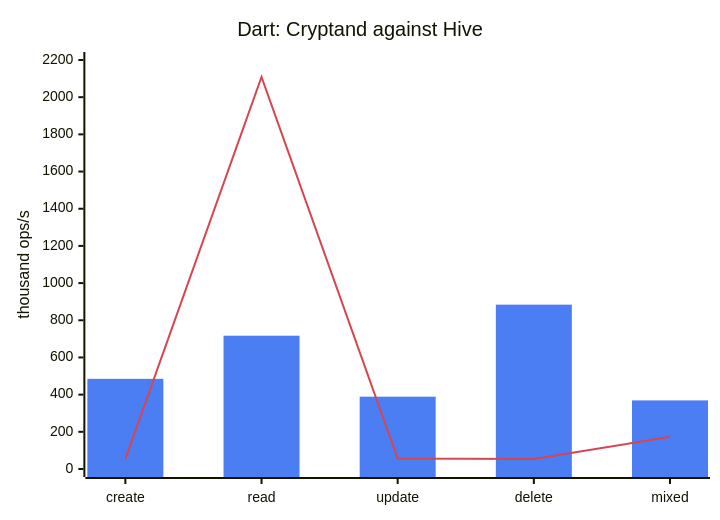
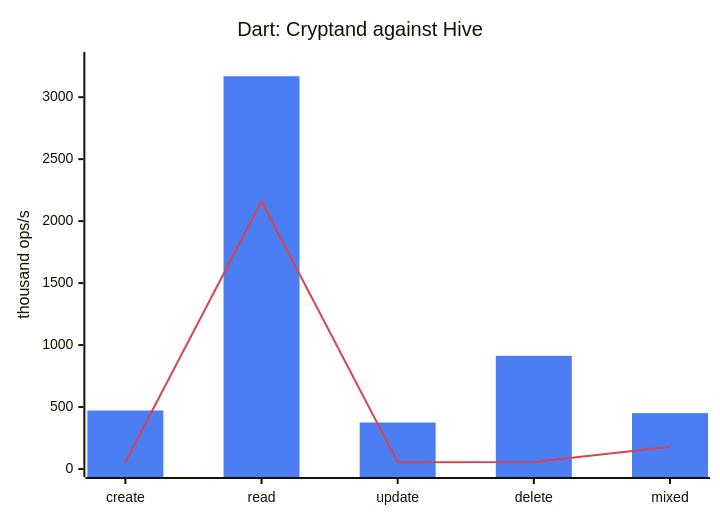
The third of 4 diagrams in reference/bench/RESULTS.md (nitrite/cryptand), drawn with Mermaid before and after one commit. The commit also changed other lines of this file and 21 other files, not shown here.

````diff
--- a/reference/bench/RESULTS.md
+++ b/reference/bench/RESULTS.md
@@ -124,9 +135,9 @@
 ```mermaid
 %%{init: {"themeVariables": {"xyChart": {"plotColorPalette": "#4C7EF3, #D64550"}}}}%%
 xychart-beta
     title "Dart: Cryptand against Hive"
     x-axis ["create", "read", "update", "delete", "mixed"]
-    y-axis "thousand ops/s" 0 --> 2200
-    bar "cryptand" [485, 717, 389, 884, 369]
-    line "hive" [54, 2109, 56, 54, 173]
+    y-axis "thousand ops/s" 0 --> 3300
+    bar "cryptand" [472, 3169, 375, 913, 451]
+    line "hive" [55, 2161, 55, 57, 179]
 ```
````
